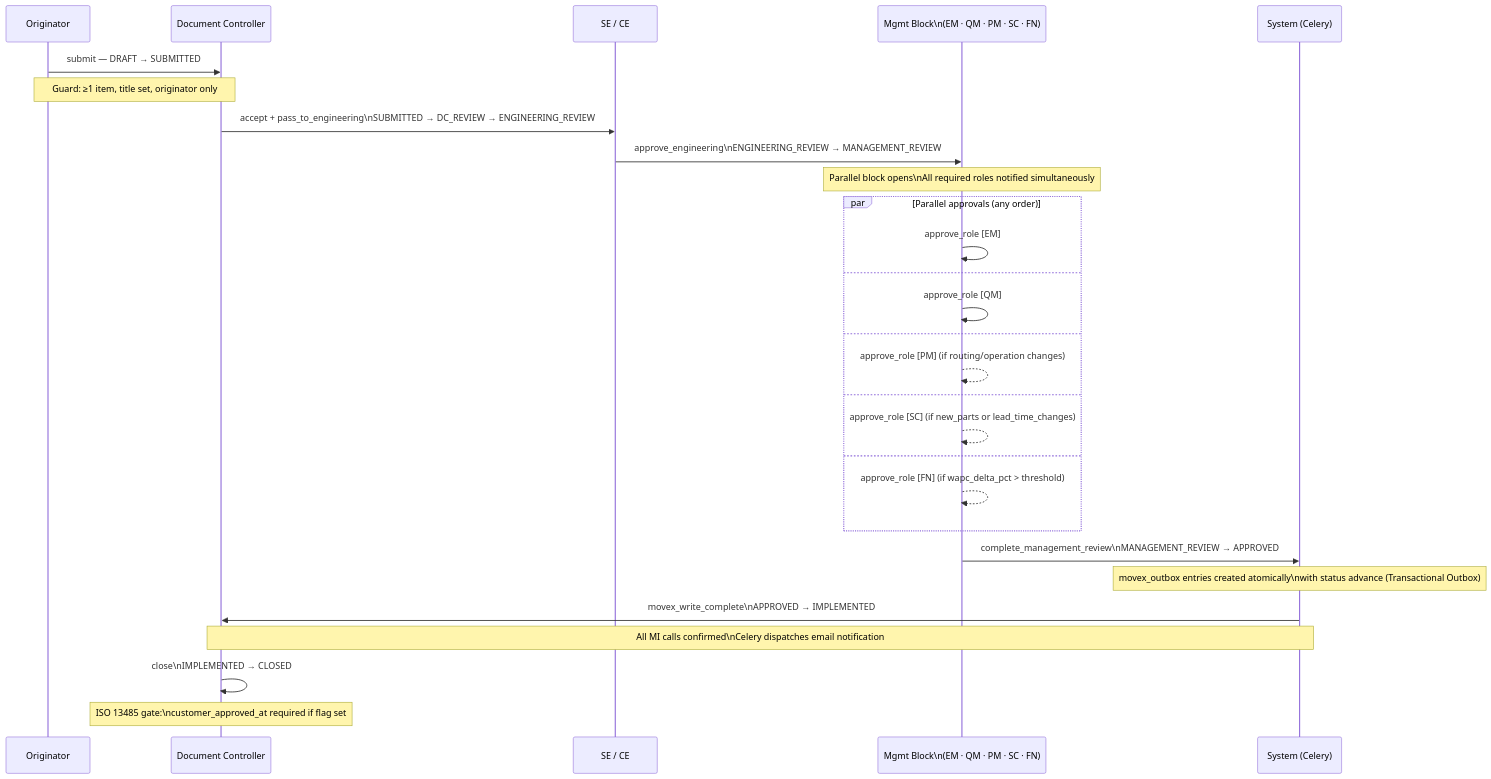
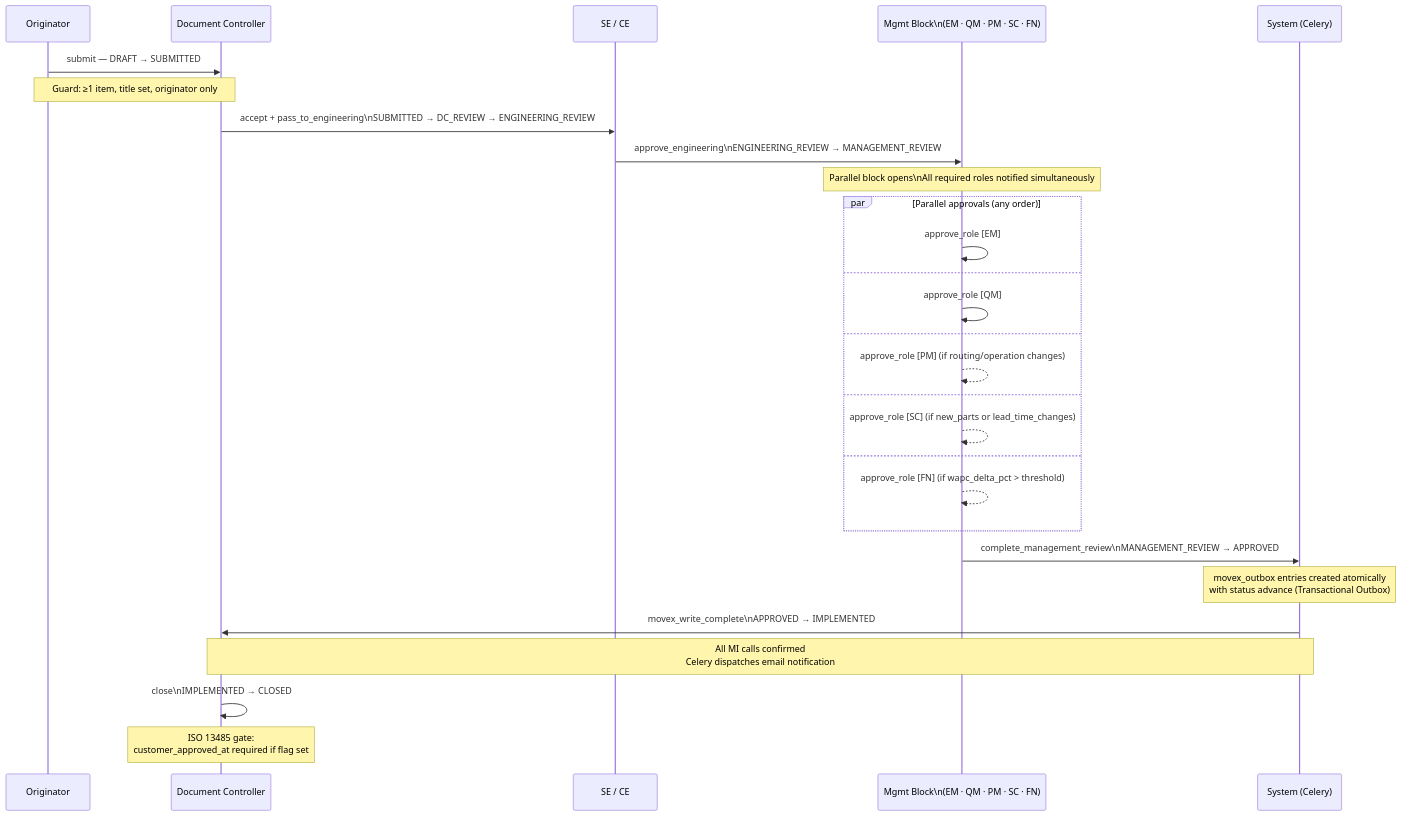
One commit to hsalazar-srx/Oskar changed the ninth of 12 diagrams in ai/memory/03-oskar-architecture.md. Above: the diagram before and after it, drawn with Mermaid. The commit also changed other lines of this file and 66 other files, not shown here.

````diff
--- a/ai/memory/03-oskar-architecture.md
+++ b/ai/memory/03-oskar-architecture.md
@@ -612,43 +609,43 @@
 ```mermaid
 ---
 config:
   theme: light
   layout: elk
   look: classic
 ---
 sequenceDiagram
     participant OR as Originator
     participant DC as Document Controller
     participant SE as SE / CE
     participant MG as Mgmt Block\n(EM · QM · PM · SC · FN)
     participant SYS as System (Celery)
 
     OR->>DC: submit — DRAFT → SUBMITTED
     Note over OR,DC: Guard: ≥1 item, title set, originator only
 
     DC->>SE: accept + pass_to_engineering\nSUBMITTED → DC_REVIEW → ENGINEERING_REVIEW
 
     SE->>MG: approve_engineering\nENGINEERING_REVIEW → MANAGEMENT_REVIEW
     Note over MG: Parallel block opens\nAll required roles notified simultaneously
 
     par Parallel approvals (any order)
         MG->>MG: approve_role [EM]
     and
         MG->>MG: approve_role [QM]
     and
         MG-->>MG: approve_role [PM] (if routing/operation changes)
     and
         MG-->>MG: approve_role [SC] (if new_parts or lead_time_changes)
     and
         MG-->>MG: approve_role [FN] (if wapc_delta_pct > threshold)
     end
 
     MG->>SYS: complete_management_review\nMANAGEMENT_REVIEW → APPROVED
-    Note over SYS: movex_outbox entries created atomically\nwith status advance (Transactional Outbox)
+    Note over SYS:  movex_outbox entries created atomically<br>with status advance (Transactional Outbox)  
 
     SYS->>DC: movex_write_complete\nAPPROVED → IMPLEMENTED
-    Note over SYS,DC: All MI calls confirmed\nCelery dispatches email notification
+    Note over SYS,DC: All MI calls confirmed<br>Celery dispatches email notification
 
     DC->>DC: close\nIMPLEMENTED → CLOSED
-    Note over DC: ISO 13485 gate:\ncustomer_approved_at required if flag set
+    Note over DC: ISO 13485 gate:<br>customer_approved_at required if flag set
 ```
````
